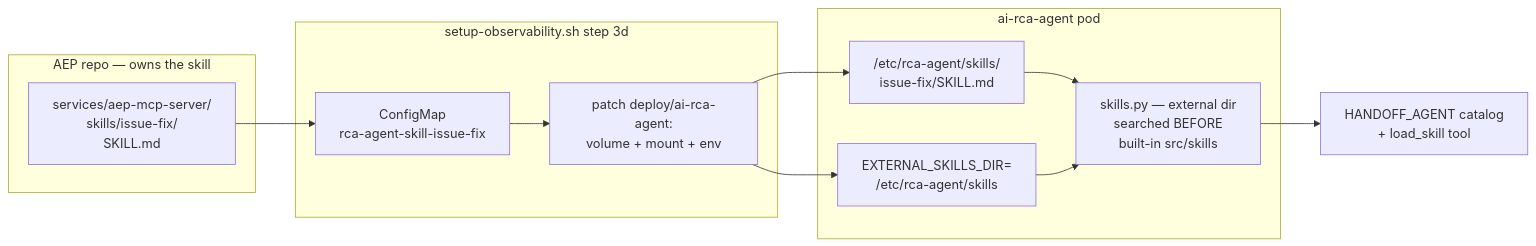
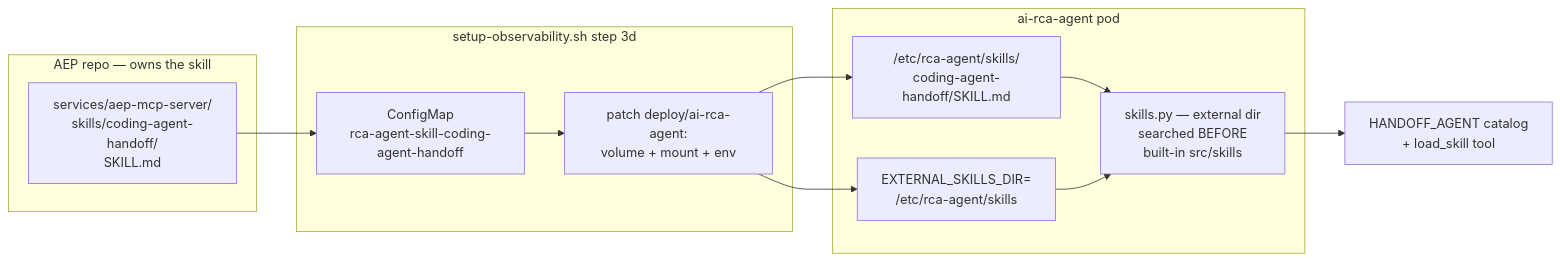
The fourth of 4 diagrams in docs/developer-guide/sre-agent-review-guide.md (tharindulak/labs-agentic-engineer), drawn with Mermaid before and after one commit. The commit also changed other lines of this file and 19 other files, not shown here.

First line of the commit message:
fix(sre-handoff): ground the skill's unreachable instructions, and mount the whole skill folder

````diff
--- a/docs/developer-guide/sre-agent-review-guide.md
+++ b/docs/developer-guide/sre-agent-review-guide.md
@@ -234,21 +234,21 @@
 ```mermaid
 flowchart LR
   subgraph AEP["AEP repo — owns the skill"]
-    SK["services/aep-mcp-server/<br/>skills/issue-fix/<br/>SKILL.md"]
+    SK["services/aep-mcp-server/<br/>skills/coding-agent-handoff/<br/>SKILL.md"]
   end
   subgraph SCRIPT["setup-observability.sh step 3d"]
-    CM["ConfigMap<br/>rca-agent-skill-issue-fix"]
+    CM["ConfigMap<br/>rca-agent-skill-coding-agent-handoff"]
     PATCH["patch deploy/ai-rca-agent:<br/>volume + mount + env"]
   end
   subgraph POD["ai-rca-agent pod"]
-    MOUNT["/etc/rca-agent/skills/<br/>issue-fix/SKILL.md"]
+    MOUNT["/etc/rca-agent/skills/<br/>coding-agent-handoff/SKILL.md"]
     ENV["EXTERNAL_SKILLS_DIR=<br/>/etc/rca-agent/skills"]
     LOADER["skills.py — external dir<br/>searched BEFORE<br/>built-in src/skills"]
   end
 
   SK --> CM --> PATCH --> MOUNT
   PATCH --> ENV
   MOUNT --> LOADER
   ENV --> LOADER
   LOADER --> AGENT["HANDOFF_AGENT catalog<br/>+ load_skill tool"]
 ```
````
